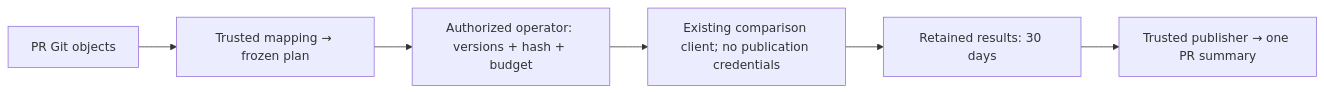
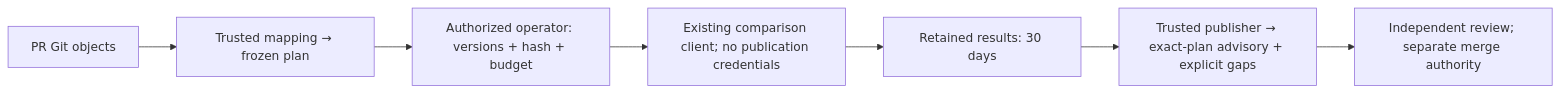
Before and after one commit to BLANKETusers/InferRSI: the diagram in docs/skill-eval-pr.md, drawn with Mermaid. The commit also changed other lines of this file and 3 other files, not shown here.

````diff
--- a/docs/skill-eval-pr.md
+++ b/docs/skill-eval-pr.md
@@ -7,8 +7,9 @@
 ```mermaid
 flowchart LR
     A["PR Git objects"] --> B["Trusted mapping → frozen plan"]
     B --> C["Authorized operator: versions + hash + budget"]
     C --> D["Existing comparison client; no publication credentials"]
     D --> E["Retained results: 30 days"]
-    E --> F["Trusted publisher → one PR summary"]
+    E --> F["Trusted publisher → exact-plan advisory + explicit gaps"]
+    F --> G["Independent review; separate merge authority"]
 ```
````
